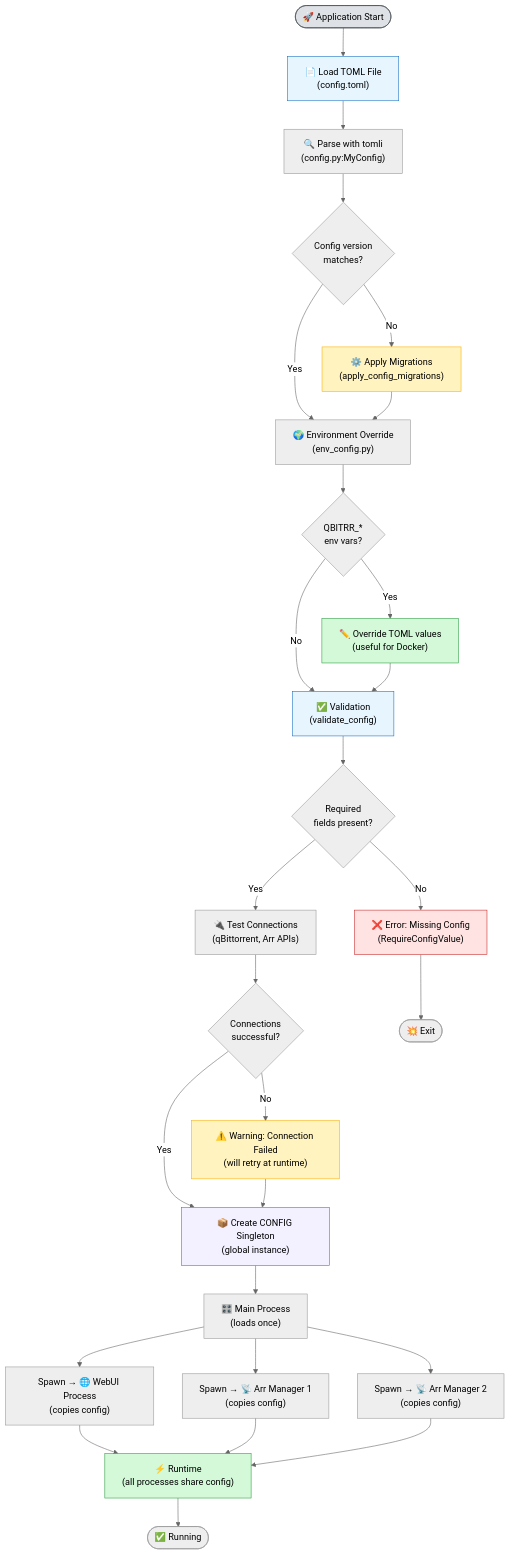
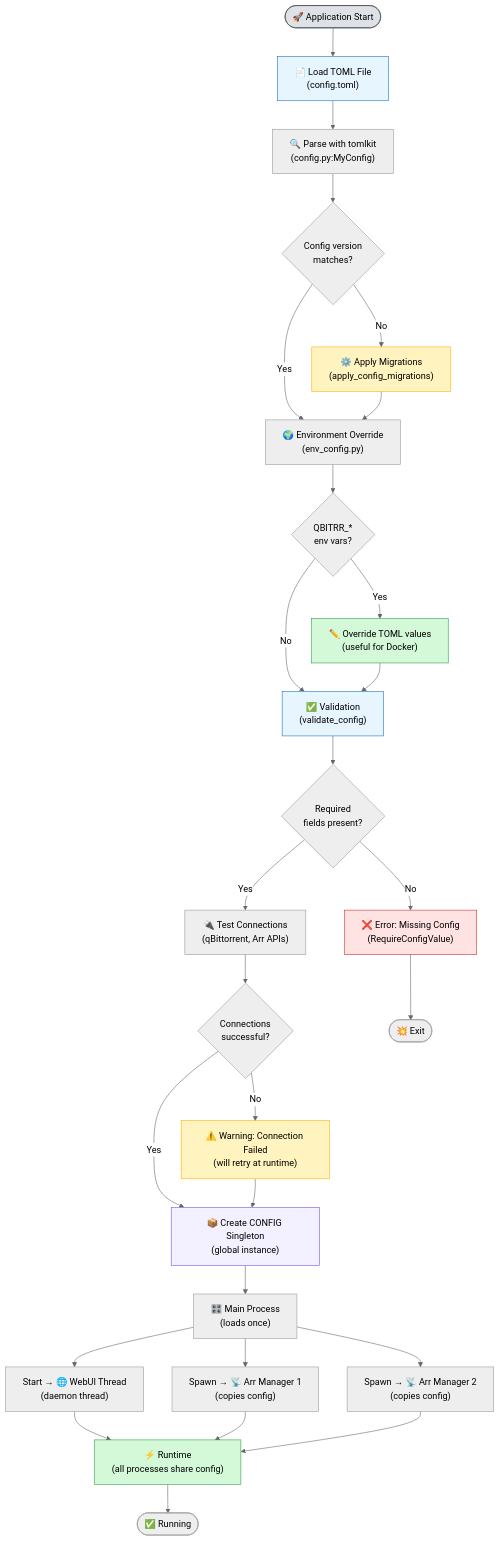
The third of 6 diagrams in docs/advanced/architecture.md (Feramance/qBitrr), drawn with Mermaid (neutral theme) before and after one commit. The commit also changed other lines of this file and 7 other files, not shown here.

First line of the commit message:
docs: Fix remaining X-API-Token, WebUI thread, and API response issues

````diff
--- a/docs/advanced/architecture.md
+++ b/docs/advanced/architecture.md
@@ -205,57 +207,57 @@
 ```mermaid
 flowchart TD
     Start([🚀 Application Start])
 
     Start --> LoadTOML["📄 Load TOML File<br/>(config.toml)"]
 
-    LoadTOML --> ParseTOML["🔍 Parse with tomli<br/>(config.py:MyConfig)"]
+    LoadTOML --> ParseTOML["🔍 Parse with tomlkit<br/>(config.py:MyConfig)"]
 
     ParseTOML --> CheckVersion{Config version<br/>matches?}
 
     CheckVersion -->|No| Migrate["⚙️ Apply Migrations<br/>(apply_config_migrations)"]
     CheckVersion -->|Yes| EnvVars
 
     Migrate --> EnvVars["🌍 Environment Override<br/>(env_config.py)"]
 
     EnvVars --> CheckEnv{QBITRR_*<br/>env vars?}
 
     CheckEnv -->|Yes| Override["✏️ Override TOML values<br/>(useful for Docker)"]
     CheckEnv -->|No| Validate
 
     Override --> Validate["✅ Validation<br/>(validate_config)"]
 
     Validate --> CheckRequired{Required<br/>fields present?}
 
     CheckRequired -->|No| Error["❌ Error: Missing Config<br/>(RequireConfigValue)"]
     CheckRequired -->|Yes| TestConn["🔌 Test Connections<br/>(qBittorrent, Arr APIs)"]
 
     TestConn --> ConnOK{Connections<br/>successful?}
 
     ConnOK -->|No| Warn["⚠️ Warning: Connection Failed<br/>(will retry at runtime)"]
     ConnOK -->|Yes| Singleton
 
     Warn --> Singleton["📦 Create CONFIG Singleton<br/>(global instance)"]
 
     Singleton --> MainProc["🎛️ Main Process<br/>(loads once)"]
 
-    MainProc --> SpawnWebUI["Spawn → 🌐 WebUI Process<br/>(copies config)"]
+    MainProc --> StartWebUI["Start → 🌐 WebUI Thread<br/>(daemon thread)"]
     MainProc --> SpawnArr1["Spawn → 📡 Arr Manager 1<br/>(copies config)"]
     MainProc --> SpawnArr2["Spawn → 📡 Arr Manager 2<br/>(copies config)"]
 
-    SpawnWebUI --> Runtime["⚡ Runtime<br/>(all processes share config)"]
+    StartWebUI --> Runtime["⚡ Runtime<br/>(all processes share config)"]
     SpawnArr1 --> Runtime
     SpawnArr2 --> Runtime
 
     Error --> End([💥 Exit])
     Runtime --> End2([✅ Running])
 
     style Start fill:#dee2e6,stroke:#495057,color:#000
     style LoadTOML fill:#e7f5ff,stroke:#1971c2,color:#000
     style Migrate fill:#fff3bf,stroke:#fab005,color:#000
     style Override fill:#d3f9d8,stroke:#2f9e44,color:#000
     style Validate fill:#e7f5ff,stroke:#1971c2,color:#000
     style Error fill:#ffe3e3,stroke:#c92a2a,color:#000
     style Warn fill:#fff3bf,stroke:#fab005,color:#000
     style Singleton fill:#f3f0ff,stroke:#7950f2,color:#000
     style Runtime fill:#d3f9d8,stroke:#2f9e44,color:#000
 ```
````
